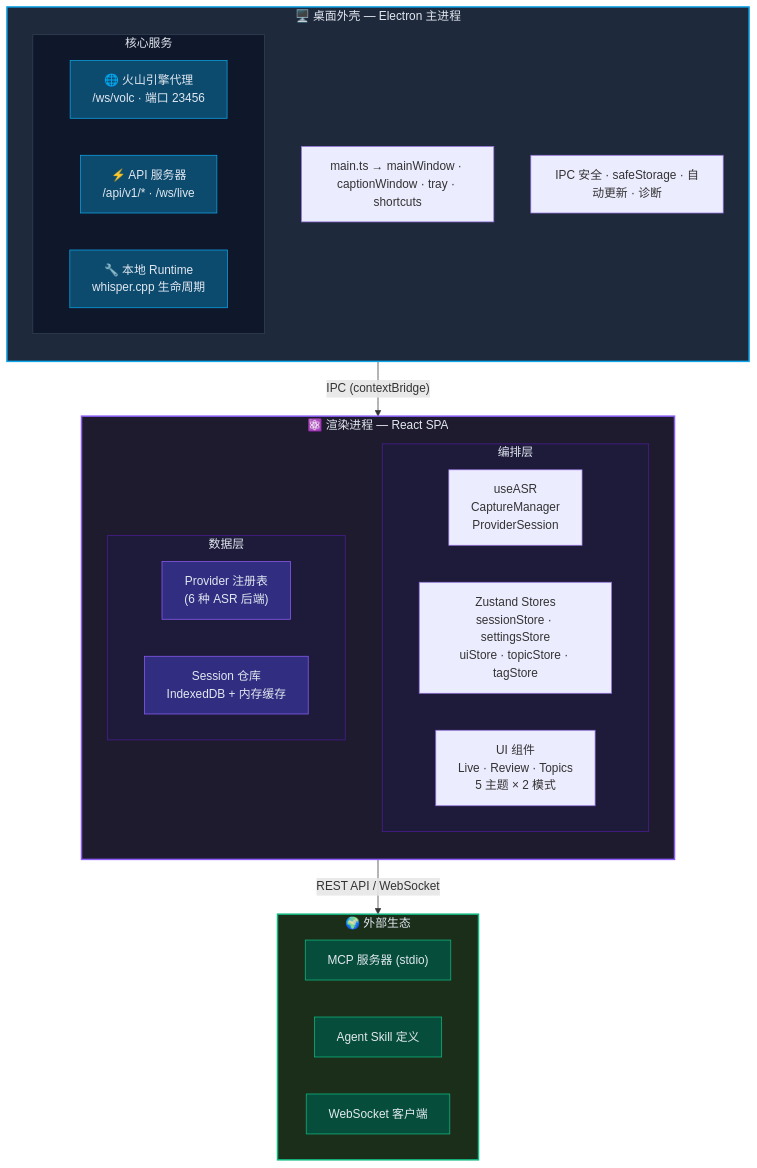
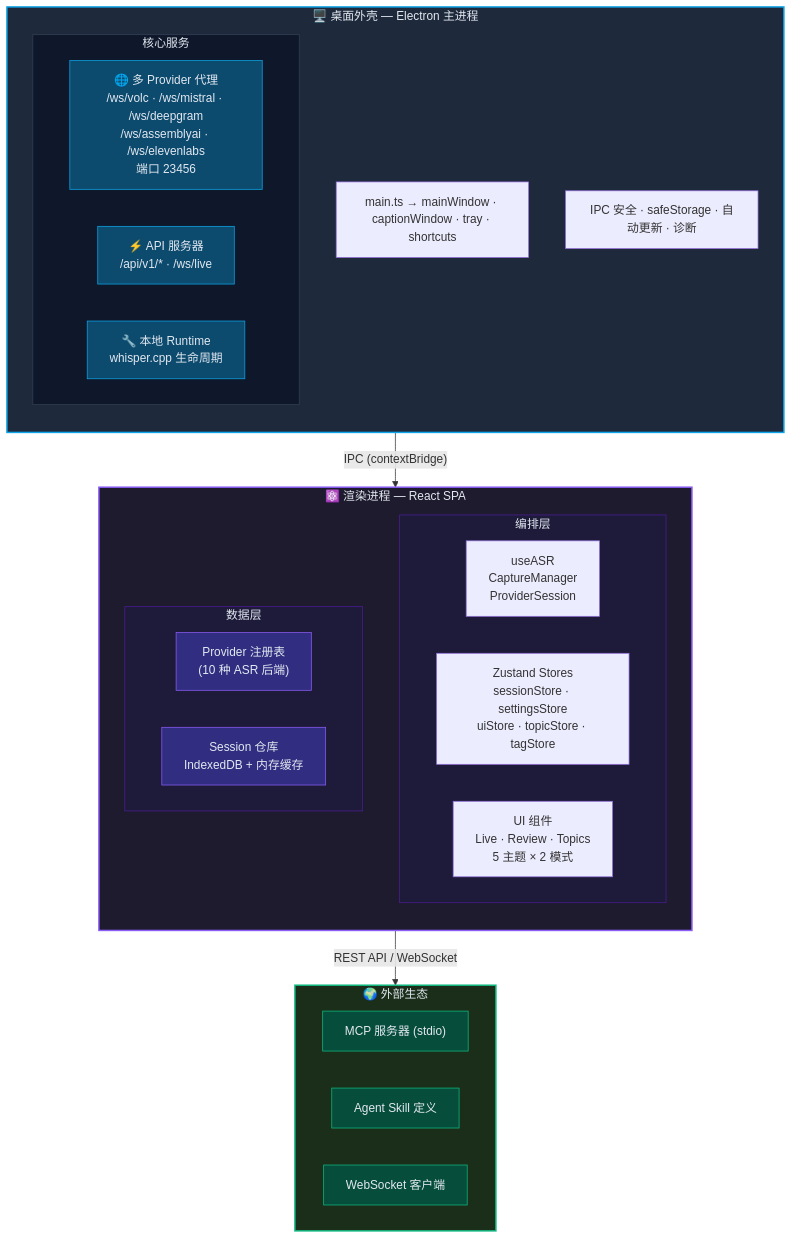
One commit to XimilalaXiang/DeLive changed the first of 4 diagrams in docs/zh/architecture/overview.md. Above: the diagram before and after it, drawn with Mermaid. The commit also changed other lines of this file and 20 other files, not shown here.

First line of the commit message:
docs: update all documentation to reflect 10 ASR providers

````diff
--- a/docs/zh/architecture/overview.md
+++ b/docs/zh/architecture/overview.md
@@ -7,55 +7,55 @@
 ```mermaid
 flowchart TB
   subgraph shell["🖥️ 桌面外壳 — Electron 主进程"]
     direction TB
     entry["main.ts → mainWindow · captionWindow · tray · shortcuts"]
     subgraph services["核心服务"]
       direction LR
-      volc["🌐 火山引擎代理\n/ws/volc · 端口 23456"]
+      volc["🌐 多 Provider 代理\n/ws/volc · /ws/mistral · /ws/deepgram\n/ws/assemblyai · /ws/elevenlabs\n端口 23456"]
       api["⚡ API 服务器\n/api/v1/* · /ws/live"]
       runtime["🔧 本地 Runtime\nwhisper.cpp 生命周期"]
     end
     infra["IPC 安全 · safeStorage · 自动更新 · 诊断"]
   end
 
   shell -->|"IPC (contextBridge)"| renderer
 
   subgraph renderer["⚛️ 渲染进程 — React SPA"]
     direction TB
     subgraph orchestration["编排层"]
       direction LR
       hooks["useASR\nCaptureManager\nProviderSession"]
       stores["Zustand Stores\nsessionStore · settingsStore\nuiStore · topicStore · tagStore"]
       ui["UI 组件\nLive · Review · Topics\n5 主题 × 2 模式"]
     end
     subgraph data["数据层"]
       direction LR
-      providers["Provider 注册表\n(6 种 ASR 后端)"]
+      providers["Provider 注册表\n(10 种 ASR 后端)"]
       persistence["Session 仓库\nIndexedDB + 内存缓存"]
     end
   end
 
   renderer -->|"REST API / WebSocket"| ecosystem
 
   subgraph ecosystem["🌍 外部生态"]
     direction LR
     mcp["MCP 服务器 (stdio)"]
     skill["Agent Skill 定义"]
     ws["WebSocket 客户端"]
   end
 
   style shell fill:#1e293b,stroke:#0ea5e9,stroke-width:2px,color:#e2e8f0
   style renderer fill:#1e1b2e,stroke:#8b5cf6,stroke-width:2px,color:#e2e8f0
   style ecosystem fill:#1a2e1a,stroke:#10b981,stroke-width:2px,color:#e2e8f0
   style services fill:#0f172a,stroke:#334155,color:#e2e8f0
   style orchestration fill:#1e1b3a,stroke:#4c1d95,color:#e2e8f0
   style data fill:#1e1b3a,stroke:#4c1d95,color:#e2e8f0
   style volc fill:#0c4a6e,stroke:#0ea5e9,color:#e2e8f0
   style api fill:#0c4a6e,stroke:#0ea5e9,color:#e2e8f0
   style runtime fill:#0c4a6e,stroke:#0ea5e9,color:#e2e8f0
   style providers fill:#312e81,stroke:#8b5cf6,color:#e2e8f0
   style persistence fill:#312e81,stroke:#8b5cf6,color:#e2e8f0
   style mcp fill:#064e3b,stroke:#10b981,color:#e2e8f0
   style skill fill:#064e3b,stroke:#10b981,color:#e2e8f0
   style ws fill:#064e3b,stroke:#10b981,color:#e2e8f0
 ```
````
